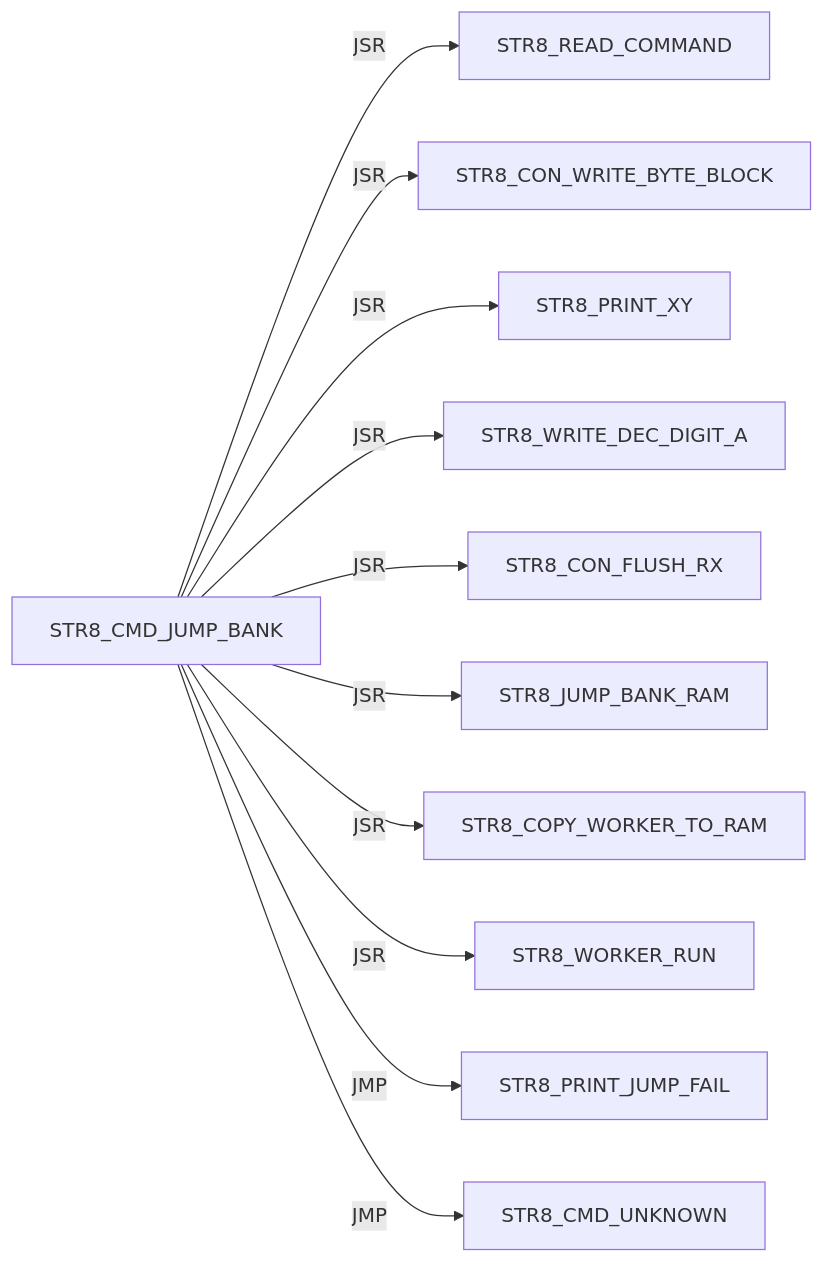
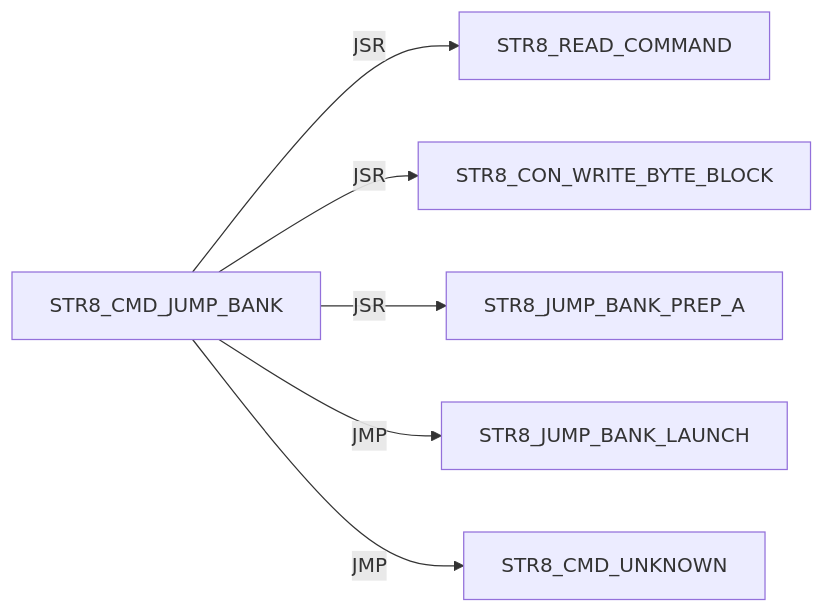
One commit to 95westus/R-YORS changed diagram 39 of 45 in DOC/GUIDES/STR8/STR8_EDGE_DUMP.md. Above: the diagram before and after it, drawn with Mermaid. The commit also changed other lines of this file and 38 other files, not shown here.

````diff
--- a/DOC/GUIDES/STR8/STR8_EDGE_DUMP.md
+++ b/DOC/GUIDES/STR8/STR8_EDGE_DUMP.md
@@ -435,13 +451,8 @@
 ```mermaid
 flowchart LR
     N0["STR8_CMD_JUMP_BANK"] -->|JSR| N1["STR8_READ_COMMAND"]
     N0["STR8_CMD_JUMP_BANK"] -->|JSR| N2["STR8_CON_WRITE_BYTE_BLOCK"]
-    N0["STR8_CMD_JUMP_BANK"] -->|JSR| N3["STR8_PRINT_XY"]
-    N0["STR8_CMD_JUMP_BANK"] -->|JSR| N4["STR8_WRITE_DEC_DIGIT_A"]
-    N0["STR8_CMD_JUMP_BANK"] -->|JSR| N5["STR8_CON_FLUSH_RX"]
-    N0["STR8_CMD_JUMP_BANK"] -->|JSR| N6["STR8_JUMP_BANK_RAM"]
-    N0["STR8_CMD_JUMP_BANK"] -->|JSR| N7["STR8_COPY_WORKER_TO_RAM"]
-    N0["STR8_CMD_JUMP_BANK"] -->|JSR| N8["STR8_WORKER_RUN"]
-    N0["STR8_CMD_JUMP_BANK"] -->|JMP| N9["STR8_PRINT_JUMP_FAIL"]
-    N0["STR8_CMD_JUMP_BANK"] -->|JMP| N10["STR8_CMD_UNKNOWN"]
+    N0["STR8_CMD_JUMP_BANK"] -->|JSR| N3["STR8_JUMP_BANK_PREP_A"]
+    N0["STR8_CMD_JUMP_BANK"] -->|JMP| N4["STR8_JUMP_BANK_LAUNCH"]
+    N0["STR8_CMD_JUMP_BANK"] -->|JMP| N5["STR8_CMD_UNKNOWN"]
 ```
````
